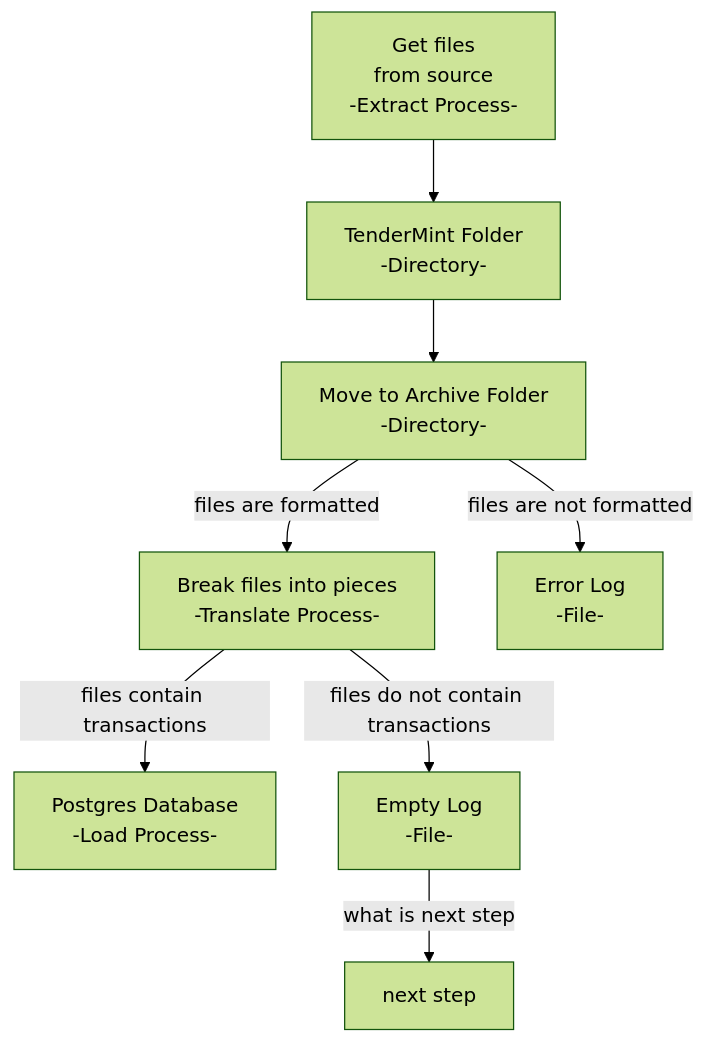
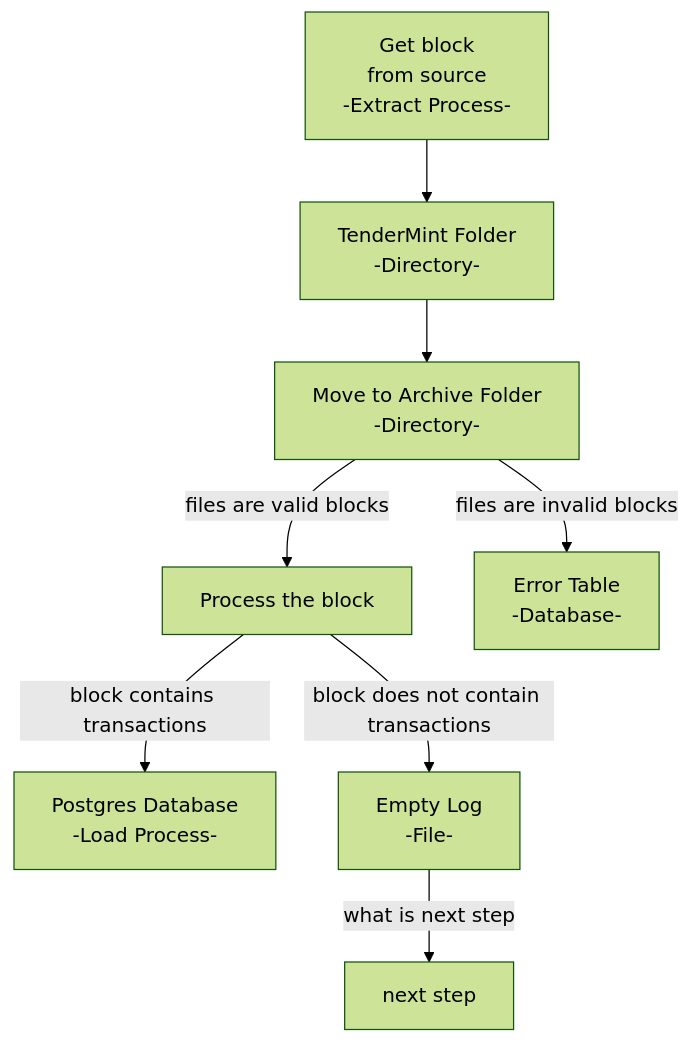
Before and after one commit to patmcfarland/one: the diagram in README.md, drawn with Mermaid (forest theme).

````diff
--- a/README.md
+++ b/README.md
@@ -1,17 +1,17 @@
 ```mermaid
 flowchart TD
-A[Get files<br>from source<br>-Extract Process-]
+A[Get block<br>from source<br>-Extract Process-]
 A --> B
 B[TenderMint Folder<br>-Directory-]
 B --> C[Move to Archive Folder<br>-Directory-]
-C -- files are formatted --> D
-D[Break files into pieces<br>-Translate Process-]
-C -- files are not formatted --> E
-E[Error Log<br>-File-]
+C -- files are valid blocks --> D
+D[Process the block]
+C -- files are invalid blocks --> E
+E[Error Table<br>-Database-]
 F[Postgres Database<br>-Load Process-]
-D -- files contain transactions --> F
-D -- files do not contain transactions --> G
+D -- block contains transactions --> F
+D -- block does not contain transactions --> G
 G[Empty Log<br>-File-]
 H[next step]
 G -- what is next step --> H
 ```
````
